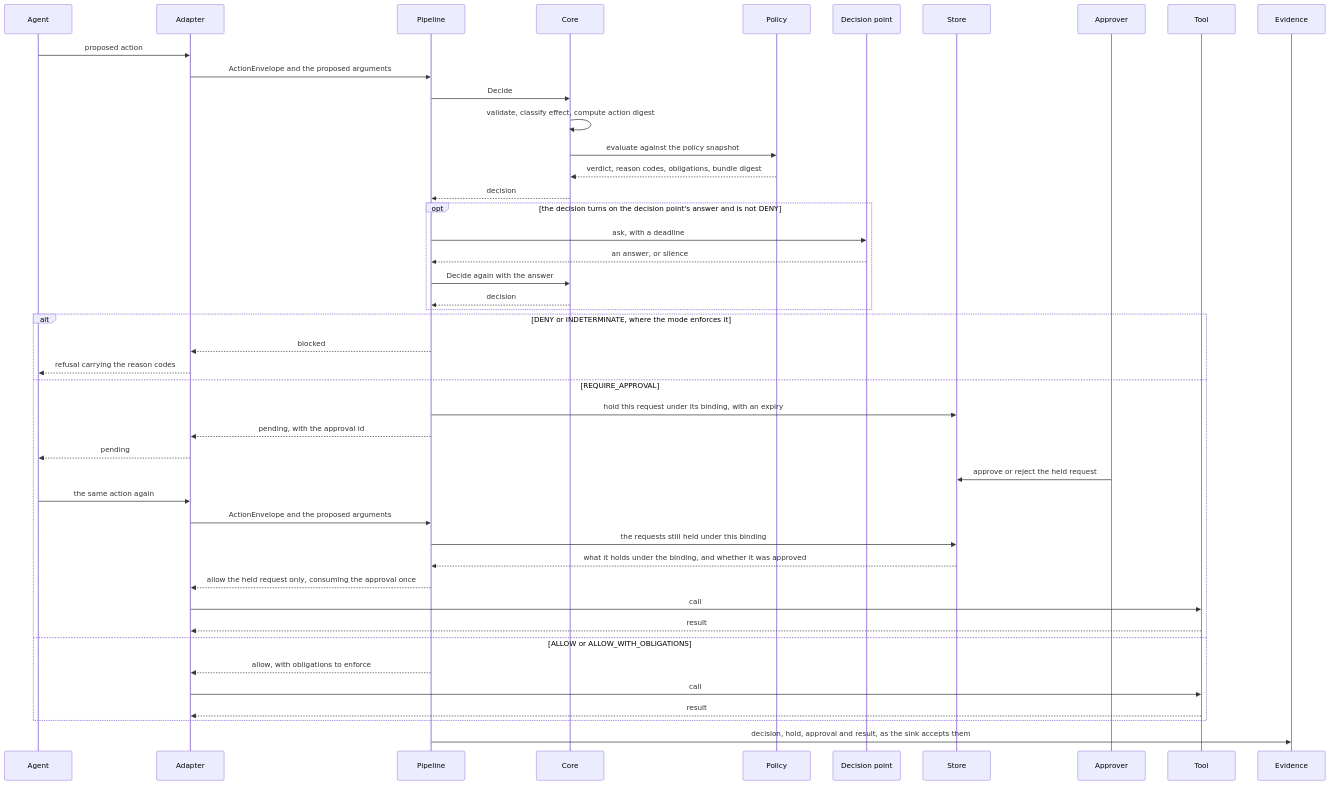
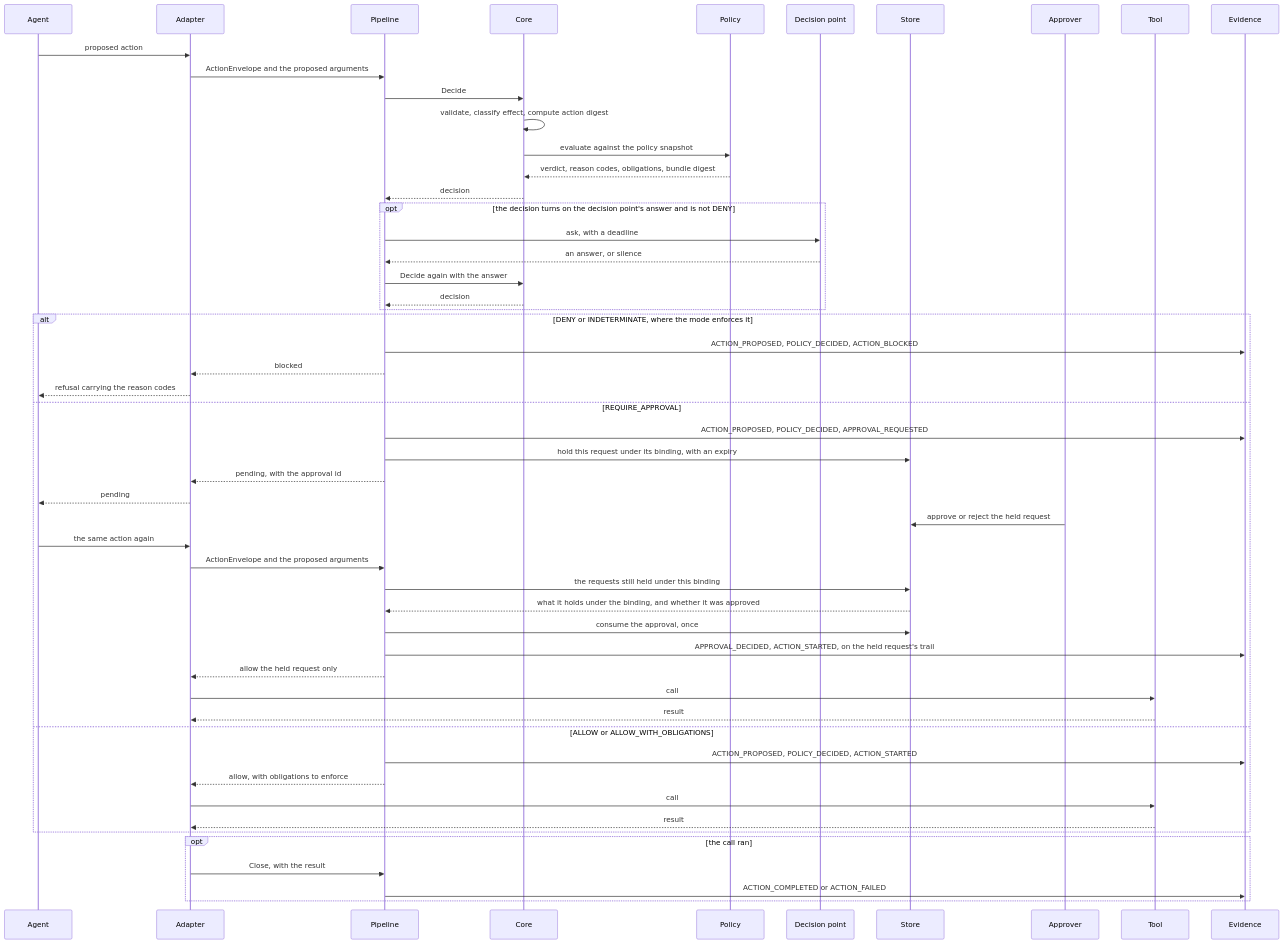
The third of 4 diagrams in docs/concepts/architecture.md (guardana/control), drawn with Mermaid before and after one commit. The commit also changed other lines of this file and 28 other files, not shown here.

````diff
--- a/docs/concepts/architecture.md
+++ b/docs/concepts/architecture.md
@@ -136,49 +136,57 @@
 ```mermaid
 sequenceDiagram
     accTitle: The request path
-    accDescr: The adapter hands a proposed action to the pipeline, whose kernel evaluates the policy snapshot and may take a decision point's answer; a denied or undetermined call is refused, a call that needs approval is held until an identical retry consumes it, an allowed call runs, and evidence is recorded as the sink accepts it.
+    accDescr: The adapter hands a proposed action to the pipeline, whose kernel evaluates the policy snapshot and may take a decision point's answer; the pipeline records the proposal and the decision, then a denied or undetermined call is refused and its block recorded, a call that needs approval is recorded as requested and held until an identical retry consumes it, and a call that runs is recorded as started before the tool is called and as completed or failed once the adapter hands back its result.
     participant Agent
     participant Adapter
     participant Pipeline
     participant Core
     participant Policy
     participant PDP as Decision point
     participant Store
     participant Approver
     participant Tool
     participant Evidence
     Agent->>Adapter: proposed action
     Adapter->>Pipeline: ActionEnvelope and the proposed arguments
     Pipeline->>Core: Decide
     Core->>Core: validate, classify effect, compute action digest
     Core->>Policy: evaluate against the policy snapshot
     Policy-->>Core: verdict, reason codes, obligations, bundle digest
     Core-->>Pipeline: decision
     opt the decision turns on the decision point's answer and is not DENY
         Pipeline->>PDP: ask, with a deadline
         PDP-->>Pipeline: an answer, or silence
         Pipeline->>Core: Decide again with the answer
         Core-->>Pipeline: decision
     end
     alt DENY or INDETERMINATE, where the mode enforces it
+        Pipeline->>Evidence: ACTION_PROPOSED, POLICY_DECIDED, ACTION_BLOCKED
         Pipeline-->>Adapter: blocked
         Adapter-->>Agent: refusal carrying the reason codes
     else REQUIRE_APPROVAL
+        Pipeline->>Evidence: ACTION_PROPOSED, POLICY_DECIDED, APPROVAL_REQUESTED
         Pipeline->>Store: hold this request under its binding, with an expiry
         Pipeline-->>Adapter: pending, with the approval id
         Adapter-->>Agent: pending
         Approver->>Store: approve or reject the held request
         Agent->>Adapter: the same action again
         Adapter->>Pipeline: ActionEnvelope and the proposed arguments
         Pipeline->>Store: the requests still held under this binding
         Store-->>Pipeline: what it holds under the binding, and whether it was approved
-        Pipeline-->>Adapter: allow the held request only, consuming the approval once
+        Pipeline->>Store: consume the approval, once
+        Pipeline->>Evidence: APPROVAL_DECIDED, ACTION_STARTED, on the held request's trail
+        Pipeline-->>Adapter: allow the held request only
         Adapter->>Tool: call
         Tool-->>Adapter: result
     else ALLOW or ALLOW_WITH_OBLIGATIONS
+        Pipeline->>Evidence: ACTION_PROPOSED, POLICY_DECIDED, ACTION_STARTED
         Pipeline-->>Adapter: allow, with obligations to enforce
         Adapter->>Tool: call
         Tool-->>Adapter: result
     end
-    Pipeline->>Evidence: decision, hold, approval and result, as the sink accepts them
+    opt the call ran
+        Adapter->>Pipeline: Close, with the result
+        Pipeline->>Evidence: ACTION_COMPLETED or ACTION_FAILED
+    end
 ```
````
